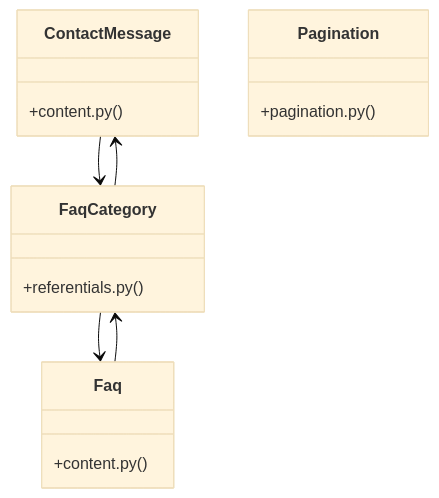
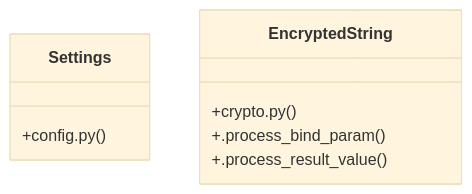
Before and after one commit to adjanayo/synca_conf_back: the diagram in graphify-out/wiki/[FaqCategory_&_ContactMessage]_Cluster.md, drawn with Mermaid (base theme). The commit also changed other lines of this file and 37 other files, not shown here.

Commit message:
chore: update graphify knowledge graph

````diff
--- a/graphify-out/wiki/[FaqCategory_&_ContactMessage]_Cluster.md
+++ b/graphify-out/wiki/[FaqCategory_&_ContactMessage]_Cluster.md
@@ -36,19 +36,11 @@
 ```mermaid
 classDiagram
-    class ContactMessage {
-        +content.py()
+    class Settings {
+        +config.py()
     }
-    class Faq {
-        +content.py()
+    class EncryptedString {
+        +crypto.py()
+        +.process_bind_param()
+        +.process_result_value()
     }
-    class Pagination {
-        +pagination.py()
-    }
-    class FaqCategory {
-        +referentials.py()
-    }
-    ContactMessage --> FaqCategory
-    Faq --> FaqCategory
-    FaqCategory --> Faq
-    FaqCategory --> ContactMessage
 ```
````
